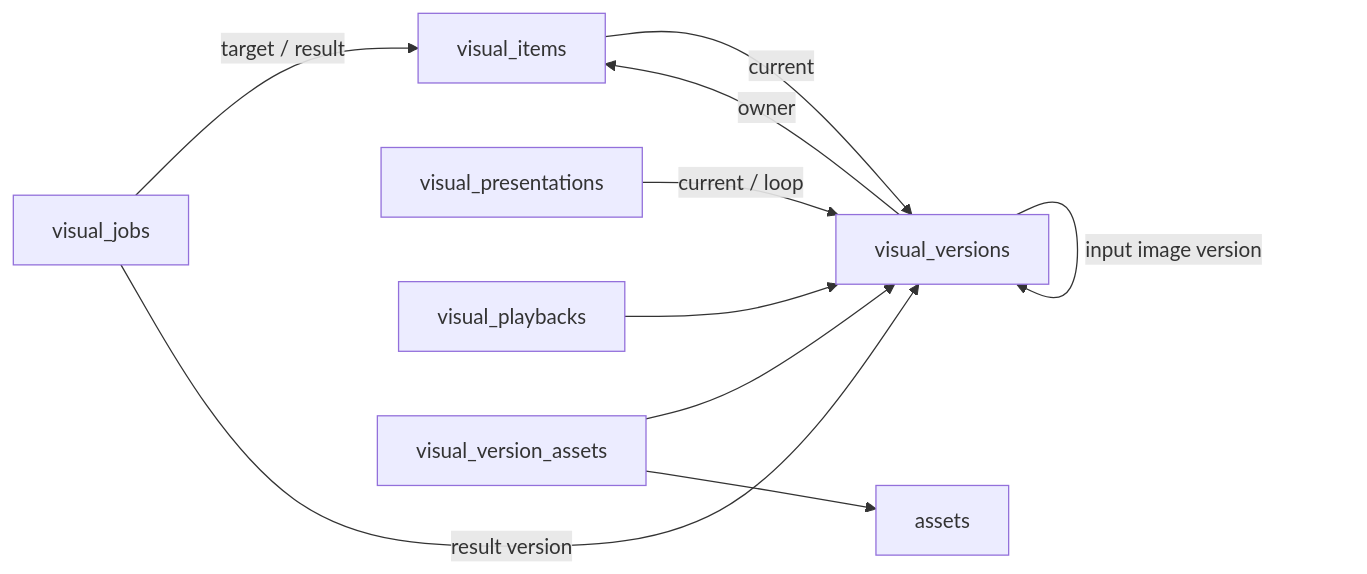
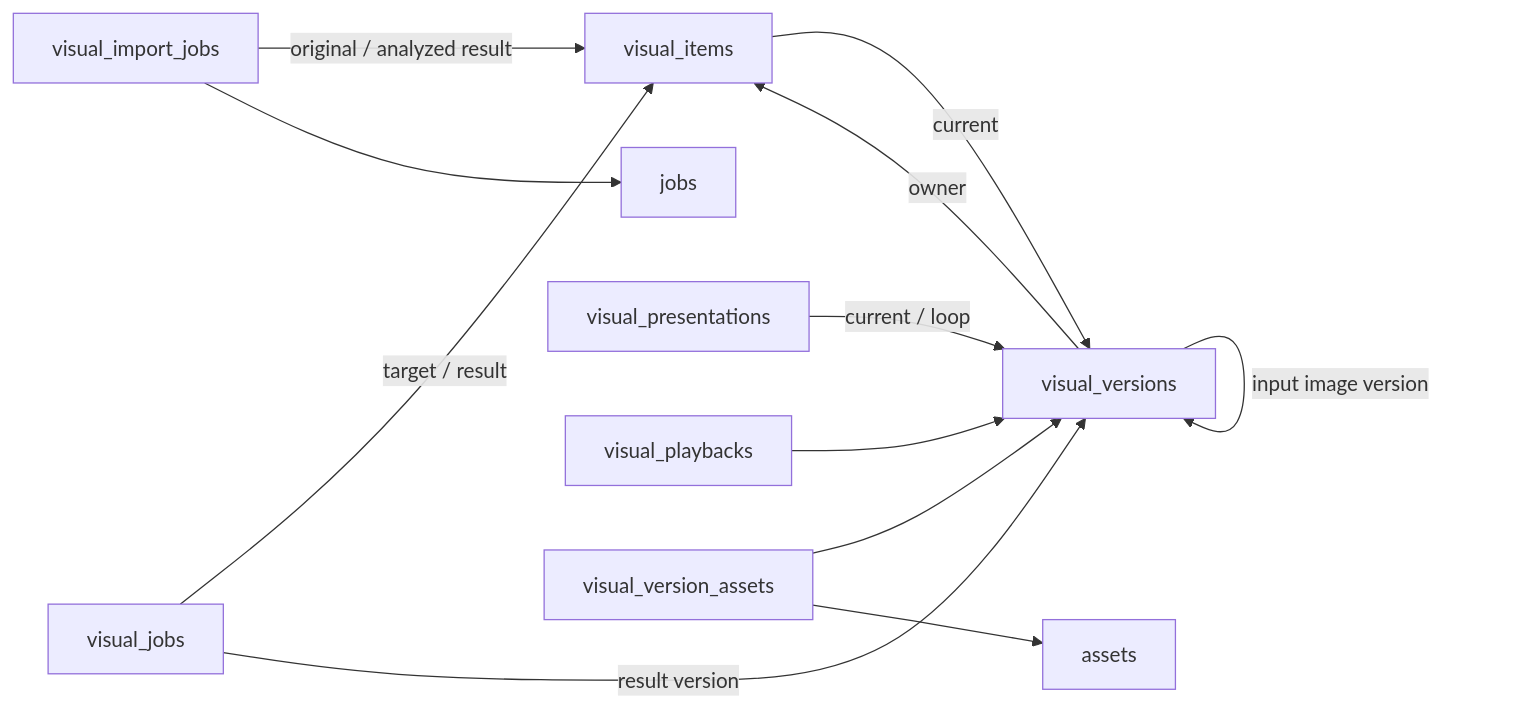
One commit to yangjinming1062/SpiritAgent changed the fifth of 8 diagrams in docs/DATABASE.md. Above: the diagram before and after it, drawn with Mermaid. The commit also changed other lines of this file and 60 other files, not shown here.

````diff
--- a/docs/DATABASE.md
+++ b/docs/DATABASE.md
@@ -90,12 +90,14 @@
 ```mermaid
 flowchart LR
     visual_items -->|current| visual_versions
     visual_versions -->|owner| visual_items
     visual_versions -->|input image version| visual_versions
+    visual_import_jobs -->|original / analyzed result| visual_items
+    visual_import_jobs --> jobs
     visual_jobs -->|target / result| visual_items
     visual_jobs -->|result version| visual_versions
     visual_presentations -->|current / loop| visual_versions
     visual_playbacks --> visual_versions
     visual_version_assets --> visual_versions
     visual_version_assets --> assets
 ```
````
